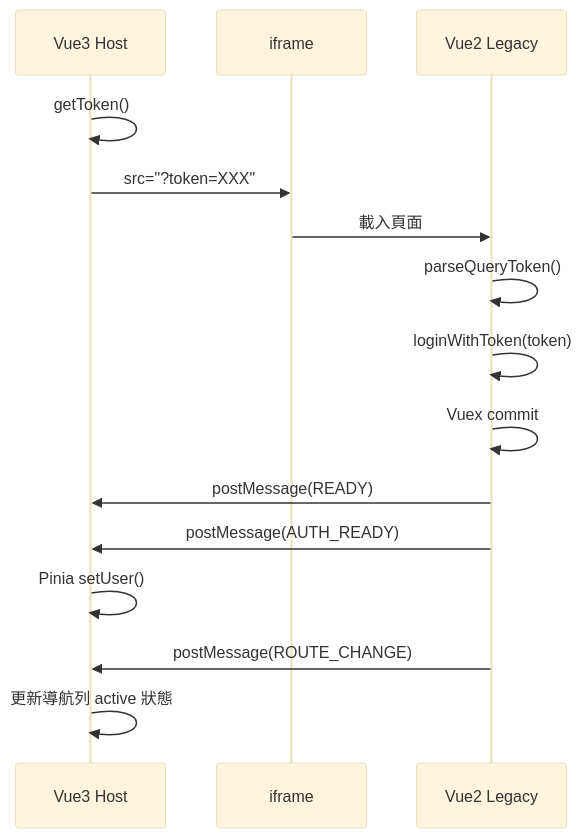
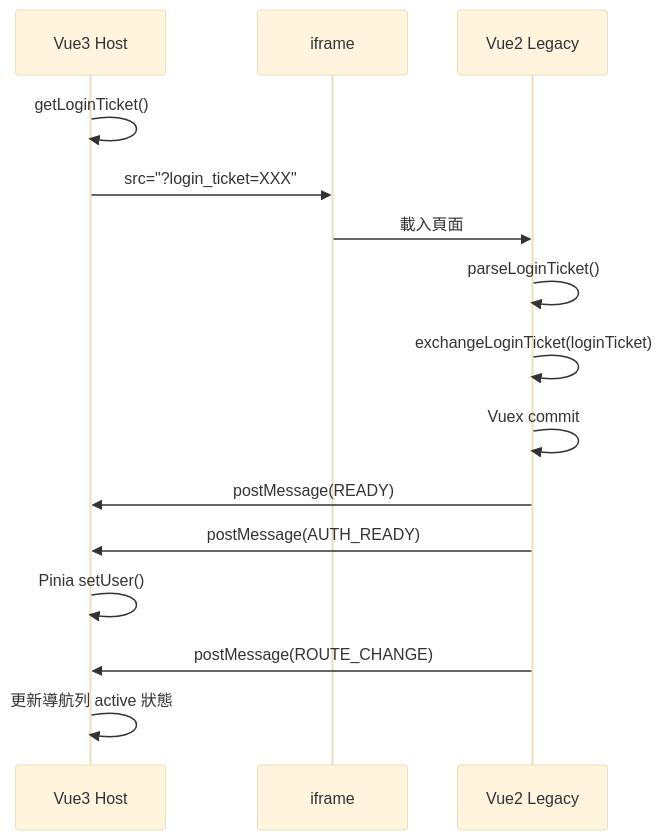
The second of 3 diagrams in docs/ARCHITECTURE.zh.md (gmliao/vue-hybrid-bridge-demo), drawn with Mermaid (base theme) before and after one commit. The commit also changed other lines of this file and 26 other files, not shown here.

First line of the commit message:
refactor: update login flow to use login_ticket instead of token

````diff
--- a/docs/ARCHITECTURE.zh.md
+++ b/docs/ARCHITECTURE.zh.md
@@ -88,18 +88,18 @@
 ```mermaid
 sequenceDiagram
     participant Vue3 as Vue3 Host
     participant iframe as iframe
     participant Vue2 as Vue2 Legacy
 
-    Vue3->>Vue3: getToken()
-    Vue3->>iframe: src="?token=XXX"
+    Vue3->>Vue3: getLoginTicket()
+    Vue3->>iframe: src="?login_ticket=XXX"
     iframe->>Vue2: 載入頁面
-    Vue2->>Vue2: parseQueryToken()
-    Vue2->>Vue2: loginWithToken(token)
+    Vue2->>Vue2: parseLoginTicket()
+    Vue2->>Vue2: exchangeLoginTicket(loginTicket)
     Vue2->>Vue2: Vuex commit
     Vue2->>Vue3: postMessage(READY)
     Vue2->>Vue3: postMessage(AUTH_READY)
     Vue3->>Vue3: Pinia setUser()
     Vue2->>Vue3: postMessage(ROUTE_CHANGE)
     Vue3->>Vue3: 更新導航列 active 狀態
 ```
````
